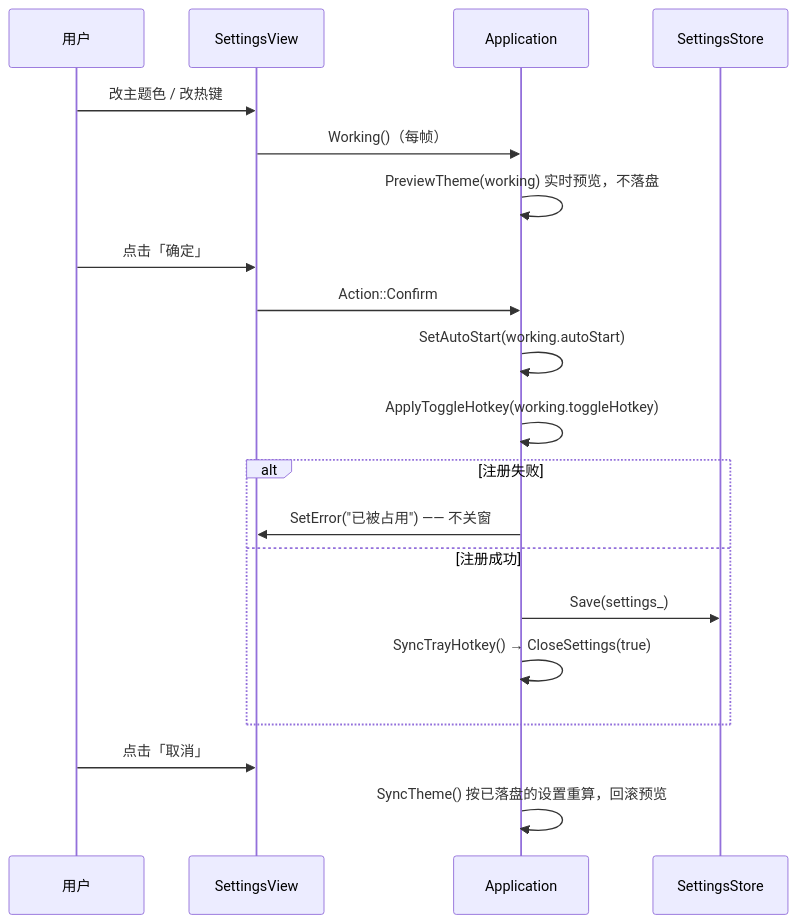
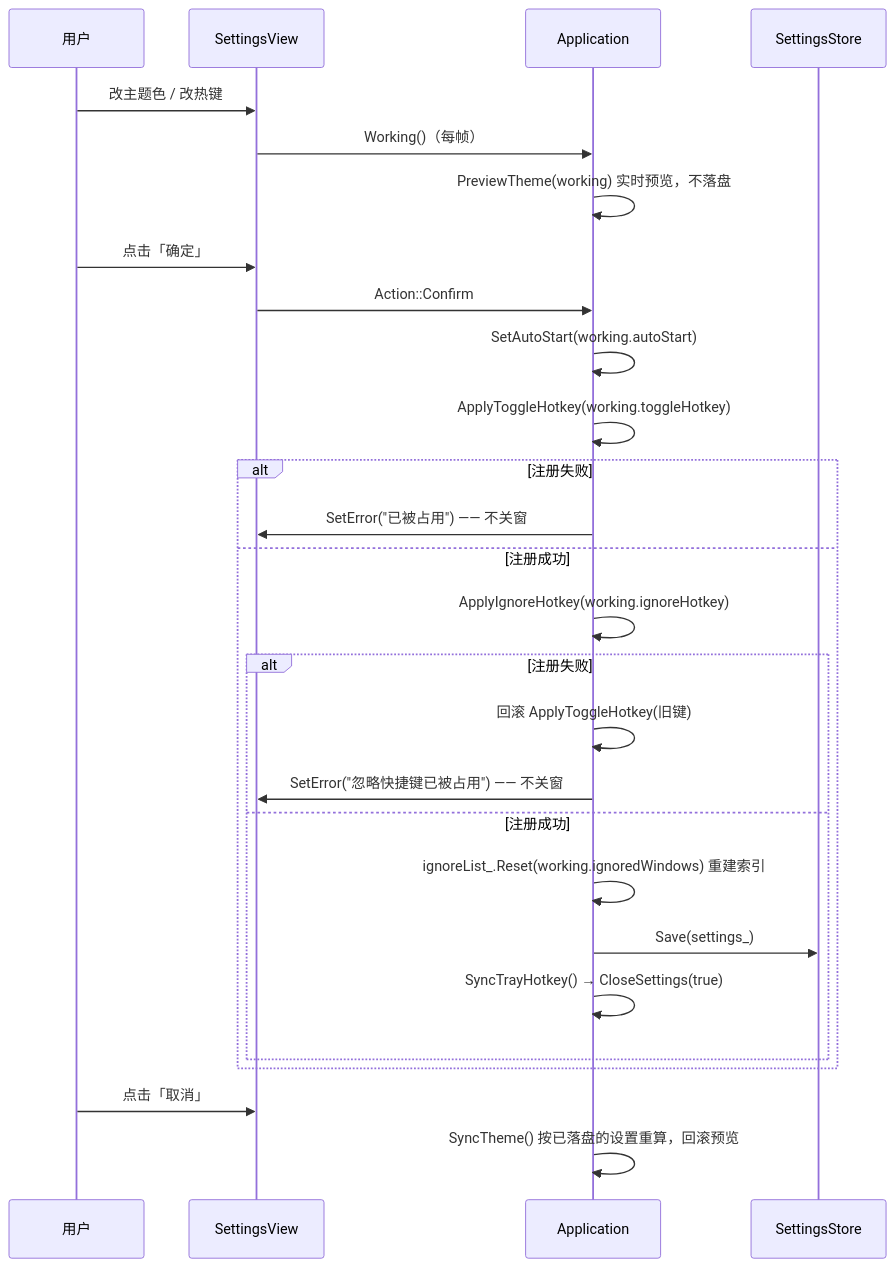
One commit to Wrn-gh/Wind changed the third of 11 diagrams in docs/dev.md. Above: the diagram before and after it, drawn with Mermaid. The commit also changed other lines of this file and 37 other files, not shown here.

First line of the commit message:
feat: add window ignore list and bilingual UI

````diff
--- a/docs/dev.md
+++ b/docs/dev.md
@@ -193,22 +198,29 @@
 ```mermaid
 sequenceDiagram
     participant U as 用户
     participant V as SettingsView
     participant A as Application
     participant S as SettingsStore
     U->>V: 改主题色 / 改热键
     V->>A: Working()（每帧）
     A->>A: PreviewTheme(working) 实时预览，不落盘
     U->>V: 点击「确定」
     V->>A: Action::Confirm
     A->>A: SetAutoStart(working.autoStart)
     A->>A: ApplyToggleHotkey(working.toggleHotkey)
     alt 注册失败
         A->>V: SetError("已被占用") —— 不关窗
     else 注册成功
-        A->>S: Save(settings_)
-        A->>A: SyncTrayHotkey() → CloseSettings(true)
+        A->>A: ApplyIgnoreHotkey(working.ignoreHotkey)
+        alt 注册失败
+            A->>A: 回滚 ApplyToggleHotkey(旧键)
+            A->>V: SetError("忽略快捷键已被占用") —— 不关窗
+        else 注册成功
+            A->>A: ignoreList_.Reset(working.ignoredWindows) 重建索引
+            A->>S: Save(settings_)
+            A->>A: SyncTrayHotkey() → CloseSettings(true)
+        end
     end
     U->>V: 点击「取消」
     A->>A: SyncTheme() 按已落盘的设置重算，回滚预览
 ```
````
